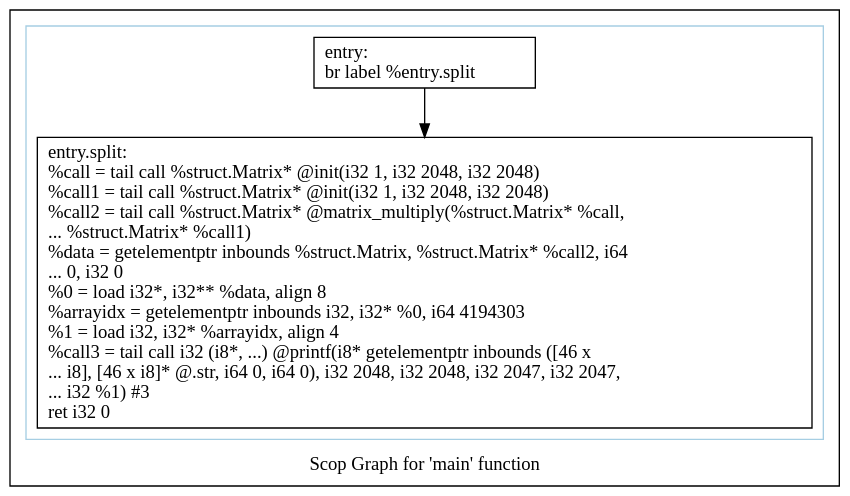
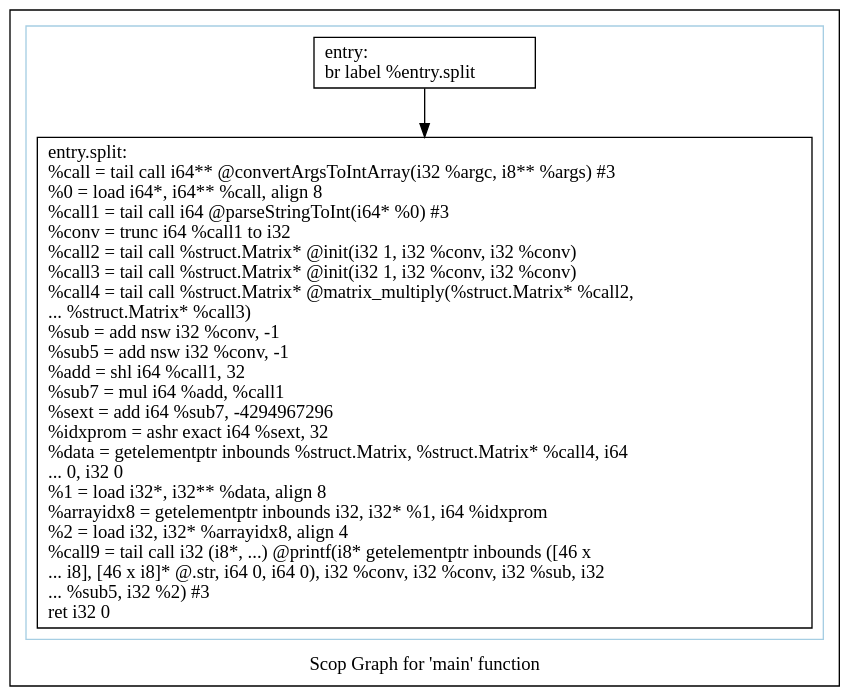
The diagram in polly/MatrixMult/impl/handwritten2/dot/scops.main.dot (samminweng/WhileyOpenCL), drawn with Graphviz before and after one commit. The commit also changed 34 other files, not shown here.

```diff
--- a/polly/MatrixMult/impl/handwritten2/dot/scops.main.dot
+++ b/polly/MatrixMult/impl/handwritten2/dot/scops.main.dot
@@ -1,15 +1,15 @@
 digraph "Scop Graph for 'main' function" {
 	label="Scop Graph for 'main' function";
 
-	Node0x69e52d0 [shape=record,label="{entry:\l  br label %entry.split\l}"];
-	Node0x69e52d0 -> Node0x69e6900;
-	Node0x69e6900 [shape=record,label="{entry.split:                                      \l  %call = tail call %struct.Matrix* @init(i32 1, i32 2048, i32 2048)\l  %call1 = tail call %struct.Matrix* @init(i32 1, i32 2048, i32 2048)\l  %call2 = tail call %struct.Matrix* @matrix_multiply(%struct.Matrix* %call,\l... %struct.Matrix* %call1)\l  %data = getelementptr inbounds %struct.Matrix, %struct.Matrix* %call2, i64\l... 0, i32 0\l  %0 = load i32*, i32** %data, align 8\l  %arrayidx = getelementptr inbounds i32, i32* %0, i64 4194303\l  %1 = load i32, i32* %arrayidx, align 4\l  %call3 = tail call i32 (i8*, ...) @printf(i8* getelementptr inbounds ([46 x\l... i8], [46 x i8]* @.str, i64 0, i64 0), i32 2048, i32 2048, i32 2047, i32 2047,\l... i32 %1) #3\l  ret i32 0\l}"];
+	Node0x5f621e0 [shape=record,label="{entry:\l  br label %entry.split\l}"];
+	Node0x5f621e0 -> Node0x5f911b0;
+	Node0x5f911b0 [shape=record,label="{entry.split:                                      \l  %call = tail call i64** @convertArgsToIntArray(i32 %argc, i8** %args) #3\l  %0 = load i64*, i64** %call, align 8\l  %call1 = tail call i64 @parseStringToInt(i64* %0) #3\l  %conv = trunc i64 %call1 to i32\l  %call2 = tail call %struct.Matrix* @init(i32 1, i32 %conv, i32 %conv)\l  %call3 = tail call %struct.Matrix* @init(i32 1, i32 %conv, i32 %conv)\l  %call4 = tail call %struct.Matrix* @matrix_multiply(%struct.Matrix* %call2,\l... %struct.Matrix* %call3)\l  %sub = add nsw i32 %conv, -1\l  %sub5 = add nsw i32 %conv, -1\l  %add = shl i64 %call1, 32\l  %sub7 = mul i64 %add, %call1\l  %sext = add i64 %sub7, -4294967296\l  %idxprom = ashr exact i64 %sext, 32\l  %data = getelementptr inbounds %struct.Matrix, %struct.Matrix* %call4, i64\l... 0, i32 0\l  %1 = load i32*, i32** %data, align 8\l  %arrayidx8 = getelementptr inbounds i32, i32* %1, i64 %idxprom\l  %2 = load i32, i32* %arrayidx8, align 4\l  %call9 = tail call i32 (i8*, ...) @printf(i8* getelementptr inbounds ([46 x\l... i8], [46 x i8]* @.str, i64 0, i64 0), i32 %conv, i32 %conv, i32 %sub, i32\l... %sub5, i32 %2) #3\l  ret i32 0\l}"];
 	colorscheme = "paired12"
-        subgraph cluster_0x69c79e0 {
+        subgraph cluster_0x5f910c0 {
           label = "";
           style = solid;
           color = 1
-          Node0x69e52d0;
-          Node0x69e6900;
+          Node0x5f621e0;
+          Node0x5f911b0;
         }
 }
```
